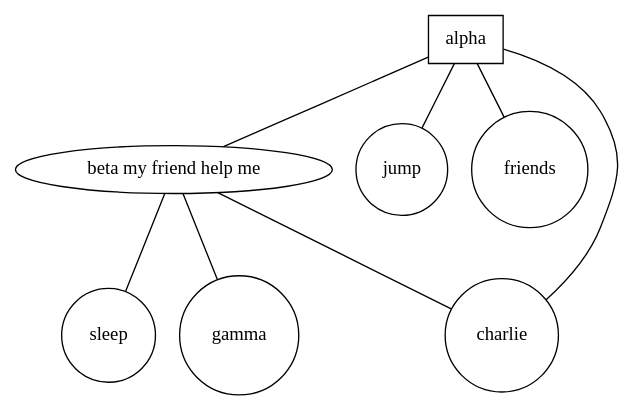
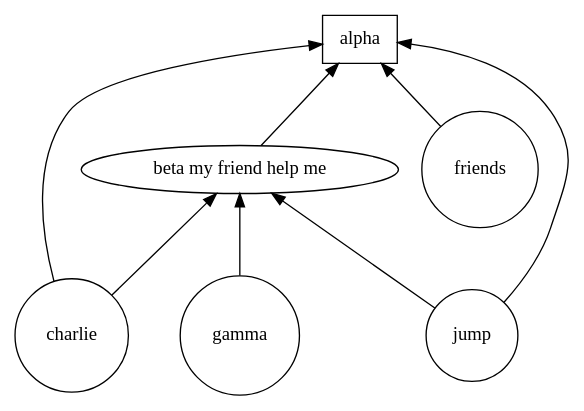
The diagram in graph_vizualizer/test.dot (pydanny/graph_vizualizer), drawn with Graphviz before and after one commit. The commit also changed 3 other files, not shown here.

```diff
--- a/graph_vizualizer/test.dot
+++ b/graph_vizualizer/test.dot
@@ -1,15 +1,17 @@
-graph { _2c1743a391305fbf367df8e4f069f9f9 [label="alpha" shape="box"];
+graph {
+edge [ dir="both"];        
+_2c1743a391305fbf367df8e4f069f9f9 [label="alpha" shape="box"];
 _0b84ab823dd13cc9bbfcb77e31a8829b [label="beta my friend help me" shape="ellipse"];
-_0b84ab823dd13cc9bbfcb77e31a8829b -- _c9fab33e9458412c527c3fe8a13ee37d;
-_2c1743a391305fbf367df8e4f069f9f9 -- _ba535ef5a9f7b8bc875812bb081286bb;
-_2c1743a391305fbf367df8e4f069f9f9 -- _28f20a02bf8a021fab4fcec48afb584e;
-_2c1743a391305fbf367df8e4f069f9f9 -- _bf779e0933a882808585d19455cd7937;
-_0b84ab823dd13cc9bbfcb77e31a8829b -- _05b048d7242cb7b8b57cfa3b1d65ecea;
-_2c1743a391305fbf367df8e4f069f9f9 -- _0b84ab823dd13cc9bbfcb77e31a8829b;
-_0b84ab823dd13cc9bbfcb77e31a8829b -- _bf779e0933a882808585d19455cd7937;
+_2c1743a391305fbf367df8e4f069f9f9 -- _bf779e0933a882808585d19455cd7937 [arrowtail="normal" arrowhead="none"];
+_0b84ab823dd13cc9bbfcb77e31a8829b -- _05b048d7242cb7b8b57cfa3b1d65ecea [arrowtail="normal" arrowhead="none"];
+_0b84ab823dd13cc9bbfcb77e31a8829b -- _bf779e0933a882808585d19455cd7937 [arrowtail="normal" arrowhead="none"];
+_2c1743a391305fbf367df8e4f069f9f9 -- _28f20a02bf8a021fab4fcec48afb584e [arrowtail="normal" arrowhead="none"];
+_0b84ab823dd13cc9bbfcb77e31a8829b -- _ba535ef5a9f7b8bc875812bb081286bb [arrowtail="normal" arrowhead="none"];
+_2c1743a391305fbf367df8e4f069f9f9 -- _0b84ab823dd13cc9bbfcb77e31a8829b [arrowtail="normal" arrowhead="none"];
+_2c1743a391305fbf367df8e4f069f9f9 -- _ba535ef5a9f7b8bc875812bb081286bb [arrowtail="normal" arrowhead="none"];
 _ba535ef5a9f7b8bc875812bb081286bb [label="jump" shape="circle"];
 _bf779e0933a882808585d19455cd7937 [label="charlie" shape="circle"];
 _28f20a02bf8a021fab4fcec48afb584e [label="friends" shape="circle"];
 _05b048d7242cb7b8b57cfa3b1d65ecea [label="gamma" shape="circle"];
-_c9fab33e9458412c527c3fe8a13ee37d [label="sleep" shape="circle"];
- }
+ 
+        }
```
